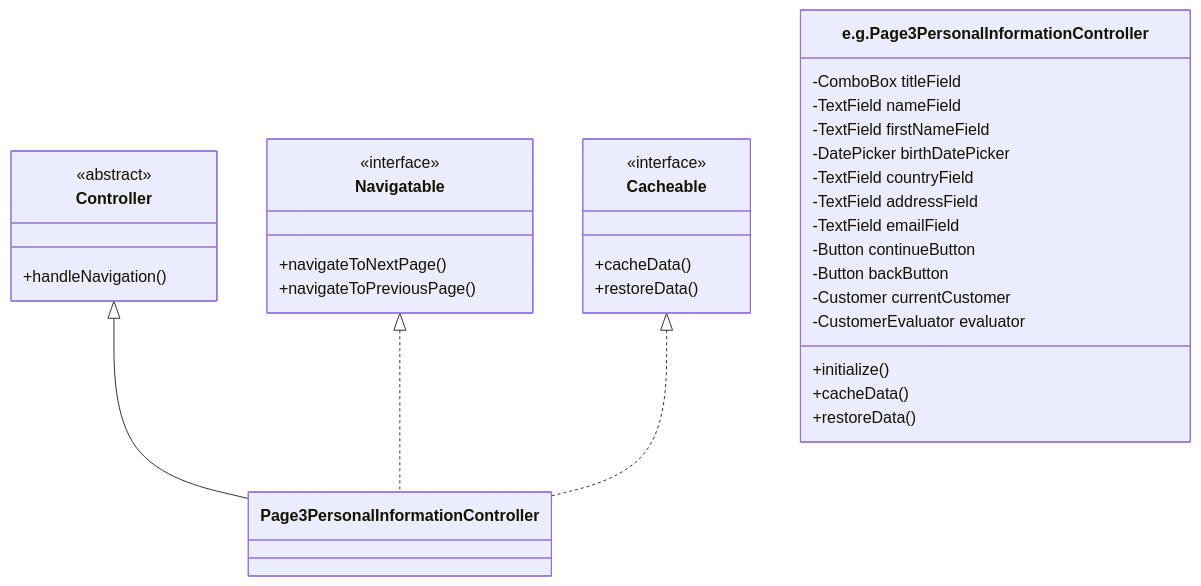
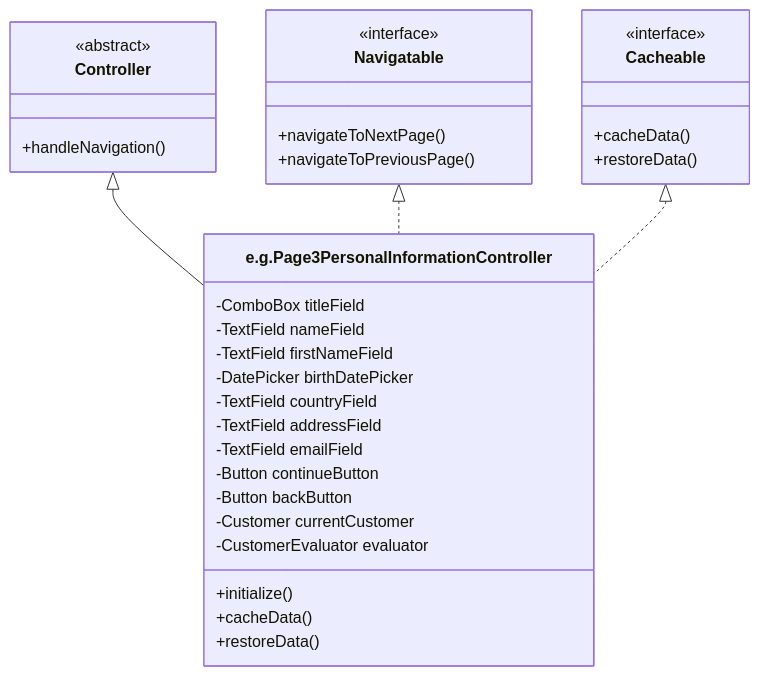
The fourth of 7 diagrams in DEVELOPER.md (Foxi2024/ATdIT_ProjectGroup1), drawn with Mermaid before and after one commit.

Commit message:
update dev doc

````diff
--- a/DEVELOPER.md
+++ b/DEVELOPER.md
@@ -216,40 +216,40 @@
 ```mermaid
 classDiagram
     class Controller {
         <<abstract>>
         +handleNavigation()
     }
 
     class Navigatable {
         <<interface>>
         +navigateToNextPage()
         +navigateToPreviousPage()
     }
 
     class Cacheable {
         <<interface>>
         +cacheData()
         +restoreData()
     }
 
     class e.g. Page3PersonalInformationController {
         -ComboBox titleField
         -TextField nameField
         -TextField firstNameField
         -DatePicker birthDatePicker
         -TextField countryField
         -TextField addressField
         -TextField emailField
         -Button continueButton
         -Button backButton
         -Customer currentCustomer
         -CustomerEvaluator evaluator
         +initialize()
         +cacheData()
         +restoreData()
     }
 
-    Controller <|-- Page3PersonalInformationController
-    Navigatable <|.. Page3PersonalInformationController
-    Cacheable <|.. Page3PersonalInformationController
+    Controller <|-- e.g. Page3PersonalInformationController
+    Navigatable <|.. e.g. Page3PersonalInformationController
+    Cacheable <|.. e.g. Page3PersonalInformationController
 ```
````
